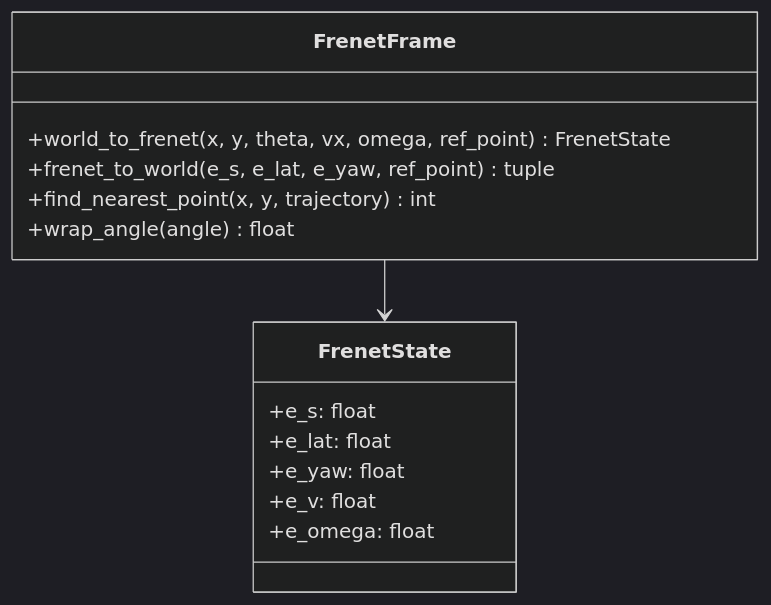
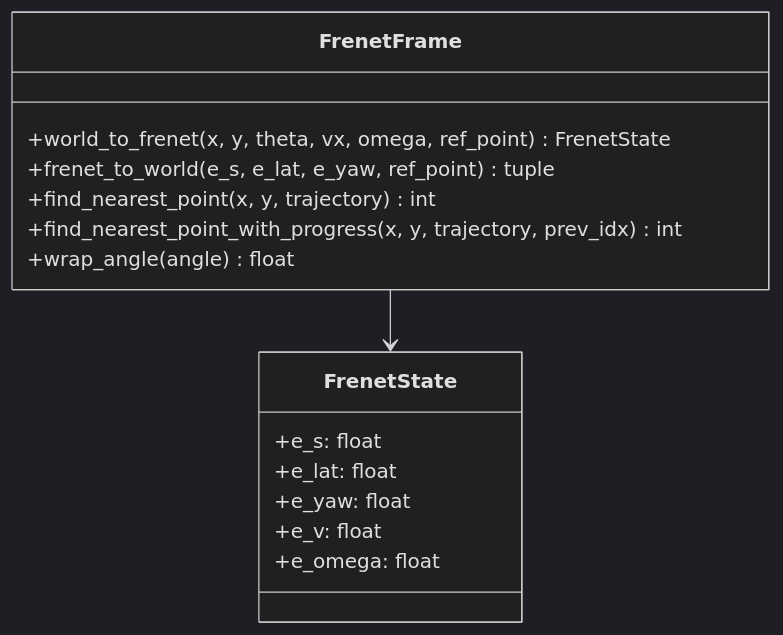
One commit to windyfashion/wheel_project changed the fifth of 10 diagrams in docs/ARCHITECTURE.md. Above: the diagram before and after it, drawn with Mermaid (dark theme). The commit also changed other lines of this file and 20 other files, not shown here.

````diff
--- a/docs/ARCHITECTURE.md
+++ b/docs/ARCHITECTURE.md
@@ -302,19 +386,20 @@
 ```mermaid
 classDiagram
     class FrenetState {
         +e_s: float
         +e_lat: float
         +e_yaw: float
         +e_v: float
         +e_omega: float
     }
-    
+
     class FrenetFrame {
         +world_to_frenet(x, y, theta, vx, omega, ref_point) FrenetState
         +frenet_to_world(e_s, e_lat, e_yaw, ref_point) tuple
         +find_nearest_point(x, y, trajectory) int
+        +find_nearest_point_with_progress(x, y, trajectory, prev_idx) int
         +wrap_angle(angle) float
     }
-    
+
     FrenetFrame --> FrenetState
 ```
````
